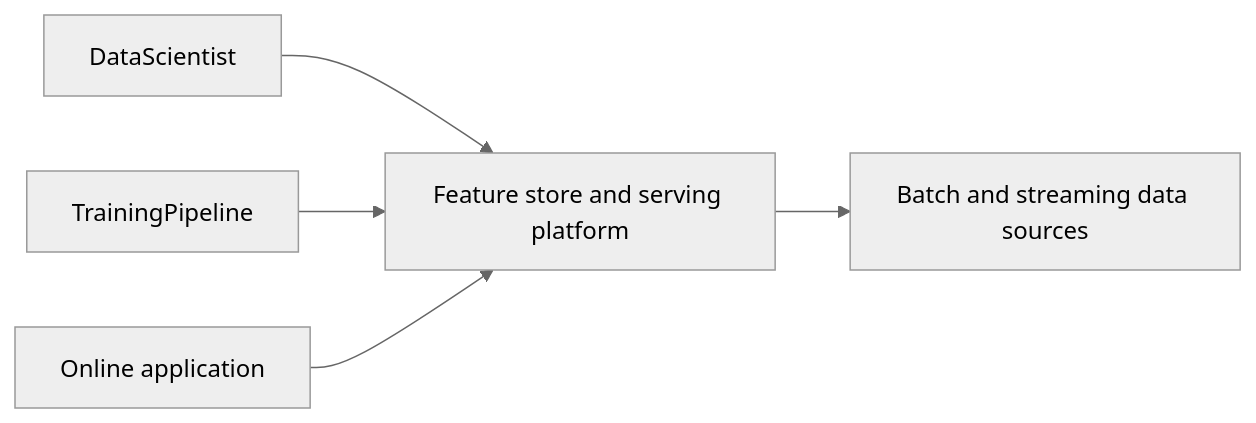
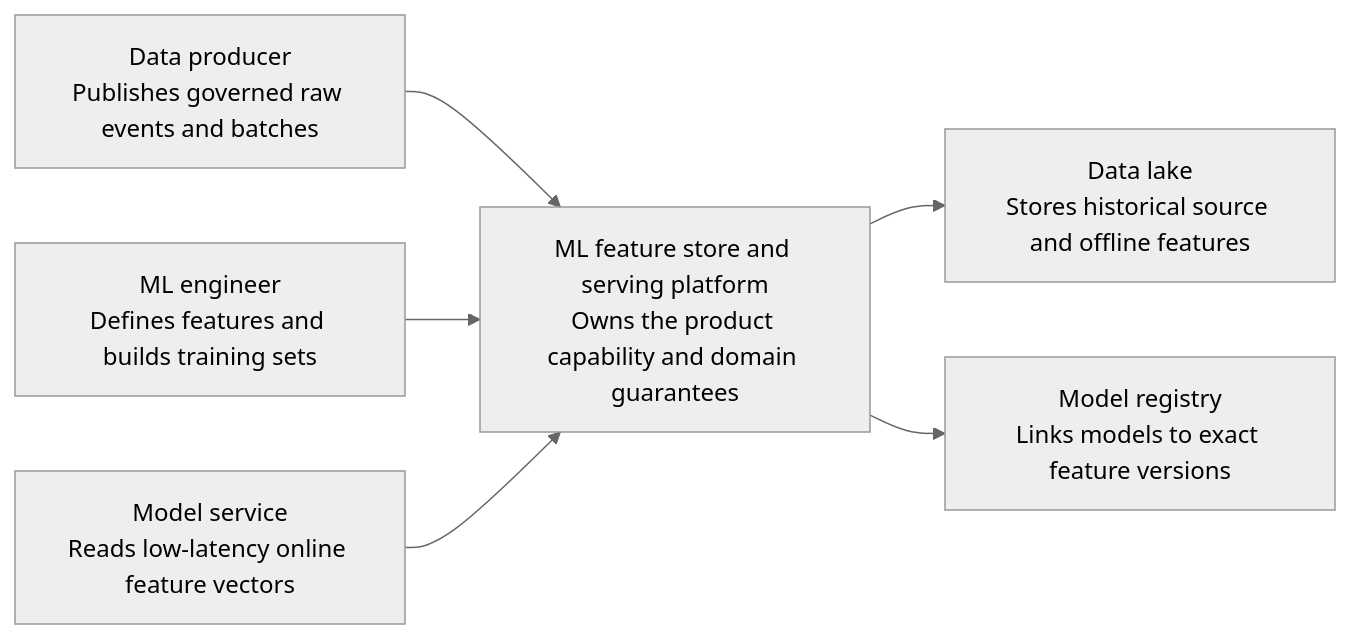
The first of 5 diagrams in content/system-design/22-ml-feature-store-serving.md (navaidya/learning), drawn with Mermaid (neutral theme) before and after one commit. The commit also changed other lines of this file and 49 other files, not shown here.

````diff
--- a/content/system-design/22-ml-feature-store-serving.md
+++ b/content/system-design/22-ml-feature-store-serving.md
@@ -35,9 +54,11 @@
 ```mermaid
 flowchart LR
-  accTitle: Feature store and serving platform system context
-  accDescr: Data scientists, training pipelines, and online applications interact with the feature store and serving platform, which pulls from upstream event and batch data sources.
-  DataScientist --> Platform[Feature store and serving platform]
-  TrainingPipeline --> Platform
-  OnlineApp[Online application] --> Platform
-  Platform --> Sources[Batch and streaming data sources]
+  accTitle: ML feature store and serving platform system context
+  accDescr: Human and system actors use ML feature store and serving platform, which integrates with explicitly bounded external capabilities.
+  A1["Data producer<br/>Publishes governed raw events and batches"] --> System
+  A2["ML engineer<br/>Defines features and builds training sets"] --> System
+  A3["Model service<br/>Reads low-latency online feature vectors"] --> System
+  System["ML feature store and serving platform<br/>Owns the product capability and domain guarantees"]
+  System --> E1["Data lake<br/>Stores historical source and offline features"]
+  System --> E2["Model registry<br/>Links models to exact feature versions"]
 ```
````
